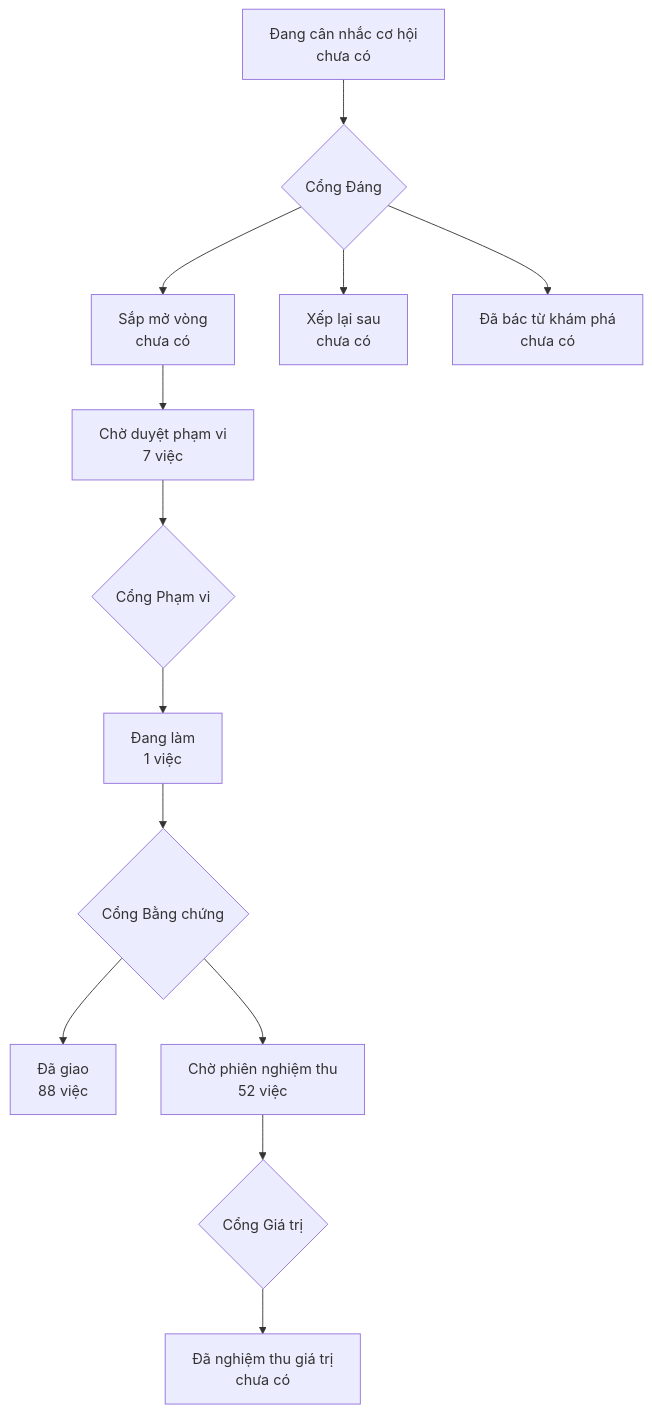
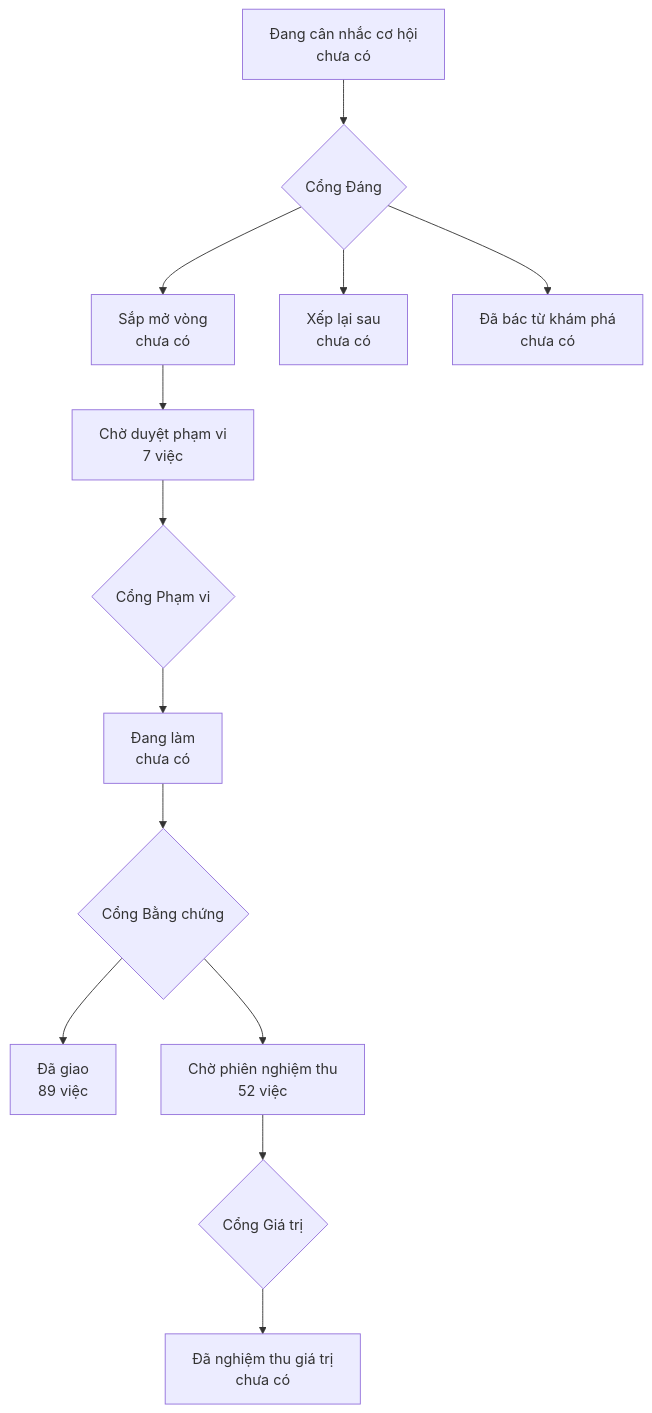
The diagram in PRODUCT-MAP.md (phanlemanh/onehub-invest), drawn with Mermaid before and after one commit. The commit also changed other lines of this file and 4 other files, not shown here.

````diff
--- a/PRODUCT-MAP.md
+++ b/PRODUCT-MAP.md
@@ -7,12 +7,12 @@
 ```mermaid
 flowchart TD
   A["Đang cân nhắc cơ hội<br/>chưa có"] --> GD{"Cổng Đáng"}
   GD --> B["Sắp mở vòng<br/>chưa có"]
   GD --> XL["Xếp lại sau<br/>chưa có"]
   GD --> DB["Đã bác từ khám phá<br/>chưa có"]
   B --> CD["Chờ duyệt phạm vi<br/>7 việc"] --> GP{"Cổng Phạm vi"}
-  GP --> DL["Đang làm<br/>1 việc"] --> GB{"Cổng Bằng chứng"}
-  GB --> DG["Đã giao<br/>88 việc"]
+  GP --> DL["Đang làm<br/>chưa có"] --> GB{"Cổng Bằng chứng"}
+  GB --> DG["Đã giao<br/>89 việc"]
   GB --> CN["Chờ phiên nghiệm thu<br/>52 việc"] --> GG{"Cổng Giá trị"}
   GG --> NT["Đã nghiệm thu giá trị<br/>chưa có"]
 ```
````
